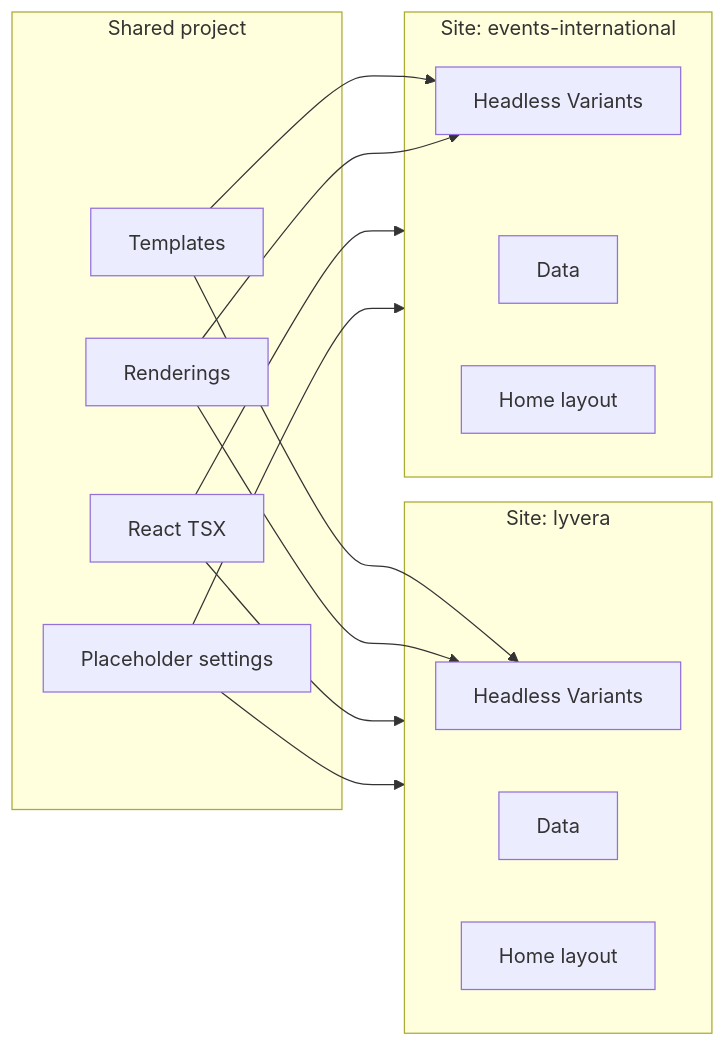
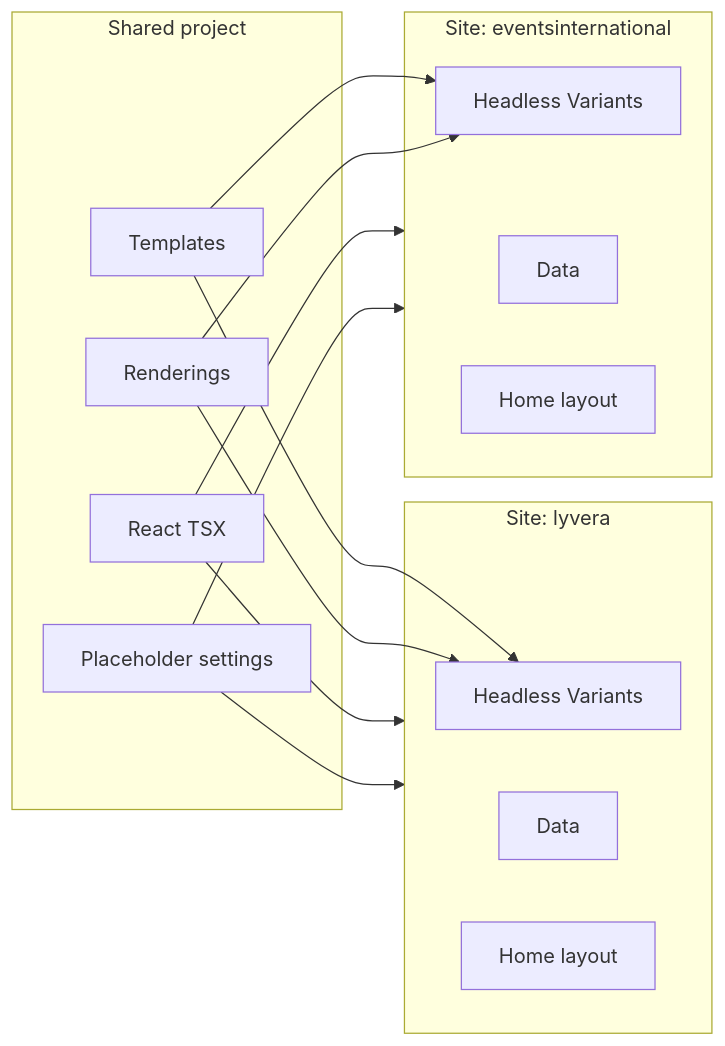
Before and after one commit to sumithpdd/spd_Sitecore.Demo.SitecoreAI.IndustryVerticals.SiteTemplates: the second of 2 diagrams in docs/LYVERA.md, drawn with Mermaid. The commit also changed other lines of this file and 66 other files, not shown here.

````diff
--- a/docs/LYVERA.md
+++ b/docs/LYVERA.md
@@ -167,23 +199,23 @@
 ```mermaid
 flowchart LR
   subgraph shared ["Shared project"]
     T[Templates]
     R[Renderings]
     PH[Placeholder settings]
     FE[React TSX]
   end
   subgraph lyvera_site ["Site: lyvera"]
     V1[Headless Variants]
     D1[Data]
     H1[Home layout]
   end
-  subgraph ei_site ["Site: events-international"]
+  subgraph ei_site ["Site: eventsinternational"]
     V2[Headless Variants]
     D2[Data]
     H2[Home layout]
   end
   T --> V1 & V2
   R --> V1 & V2
   FE --> lyvera_site & ei_site
   PH --> lyvera_site & ei_site
 ```
````
